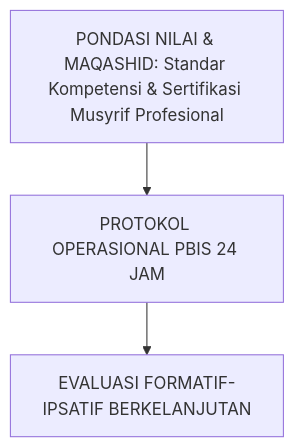
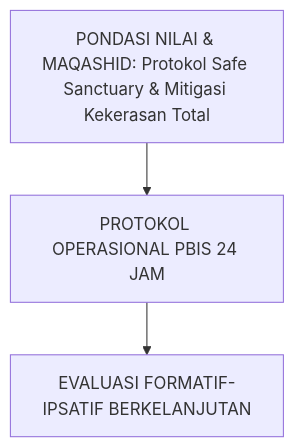
One commit to wandiapriliyandi/tumbuh changed diagram 27 of 45 in BOOK-SERIES/Volume-05/Buku-Volume-05-Manual-Operasional-SOP-Musyrif-dan-Tata-Kelola-Pesantren-Modern.md. Above: the diagram before and after it, drawn with Mermaid. The commit also changed other lines of this file and 196 other files, not shown here.

````diff
--- a/BOOK-SERIES/Volume-05/Buku-Volume-05-Manual-Operasional-SOP-Musyrif-dan-Tata-Kelola-Pesantren-Modern.md
+++ b/BOOK-SERIES/Volume-05/Buku-Volume-05-Manual-Operasional-SOP-Musyrif-dan-Tata-Kelola-Pesantren-Modern.md
@@ -470,5 +892,5 @@
 ```mermaid
 graph TD
-    Tujuan["PONDASI NILAI & MAQASHID: Standar Kompetensi & Sertifikasi Musyrif Profesional"] --> Operasional["PROTOKOL OPERASIONAL PBIS 24 JAM"]
+    Tujuan["PONDASI NILAI & MAQASHID: Protokol Safe Sanctuary & Mitigasi Kekerasan Total"] --> Operasional["PROTOKOL OPERASIONAL PBIS 24 JAM"]
     Operasional --> Evaluasi["EVALUASI FORMATIF-IPSATIF BERKELANJUTAN"]
 ```
````
